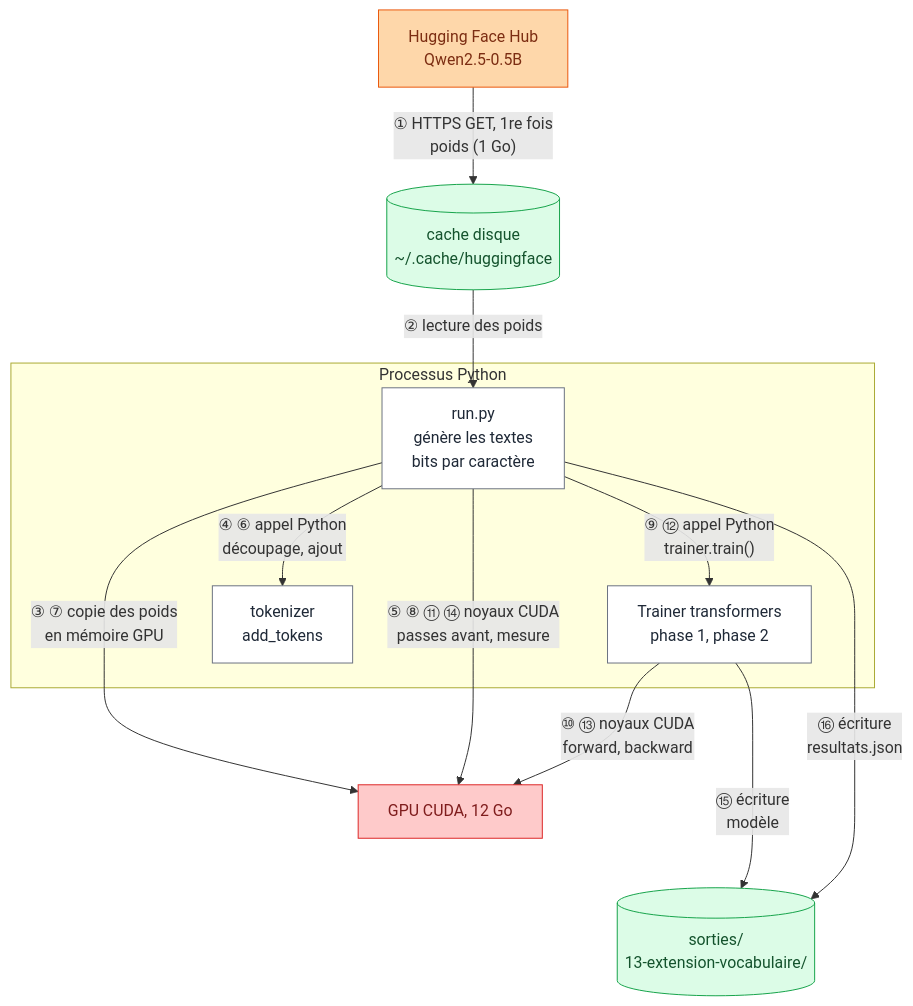
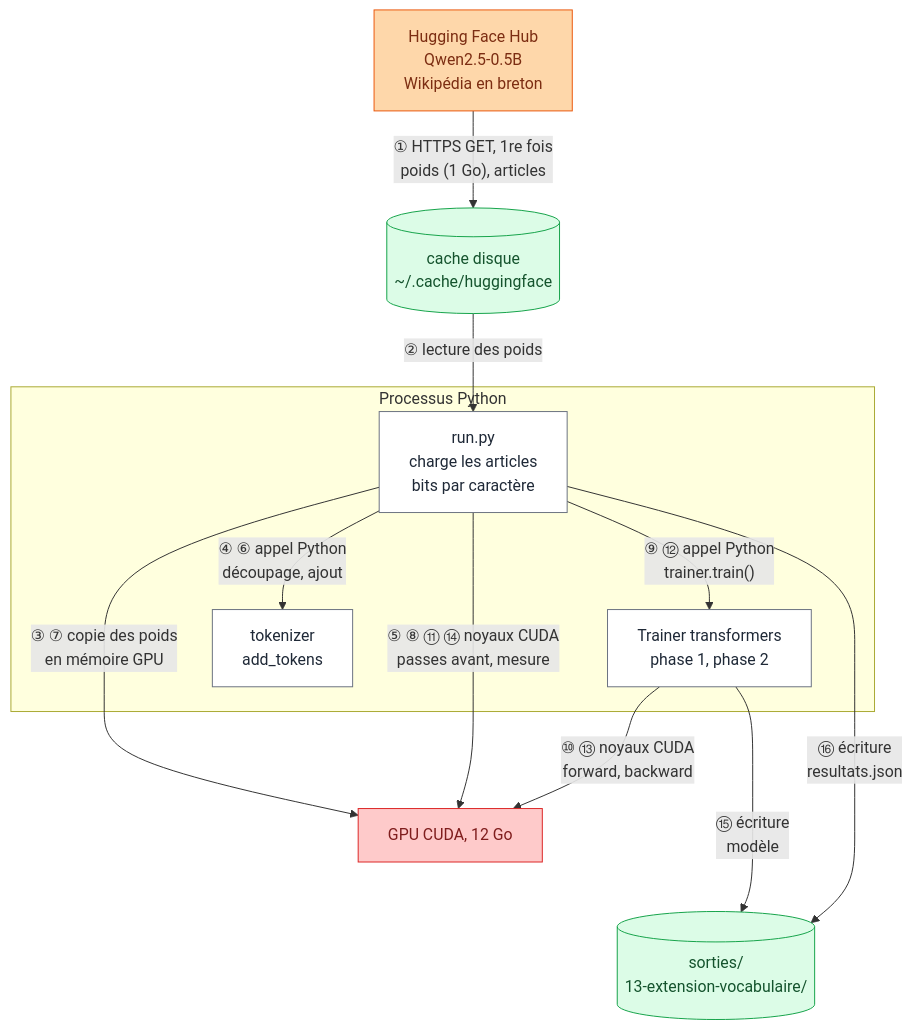
One commit to xavinsky/amelioria changed the diagram in 13-extension-vocabulaire/README.md. Above: the diagram before and after it, drawn with Mermaid. The commit also changed other lines of this file and 11 other files, not shown here.

Commit message:
FORM13 refondu sur la Wikipédia en breton : compression mesurée sur 3 graines avec témoin

````diff
--- a/13-extension-vocabulaire/README.md
+++ b/13-extension-vocabulaire/README.md
@@ -59,33 +59,33 @@
 ```mermaid
 flowchart TD
   classDef externe fill:#fed7aa,stroke:#ea580c,color:#7c2d12
   classDef code fill:#ffffff,stroke:#6b7280,color:#1f2937
   classDef gpu fill:#fecaca,stroke:#dc2626,color:#7f1d1d
   classDef disque fill:#dcfce7,stroke:#16a34a,color:#14532d
 
-  Hub["Hugging Face Hub<br/>Qwen2.5-0.5B"]
+  Hub["Hugging Face Hub<br/>Qwen2.5-0.5B<br/>Wikipédia en breton"]
   Cache[("cache disque<br/>~/.cache/huggingface")]
   subgraph Py["Processus Python"]
-    Run["run.py<br/>génère les textes<br/>bits par caractère"]
+    Run["run.py<br/>charge les articles<br/>bits par caractère"]
     Tok["tokenizer<br/>add_tokens"]
     Tr["Trainer transformers<br/>phase 1, phase 2"]
   end
   GPU["GPU CUDA, 12 Go"]
   Out[("sorties/<br/>13-extension-vocabulaire/")]
 
-  Hub -- "① HTTPS GET, 1re fois<br/>poids (1 Go)" --> Cache
+  Hub -- "① HTTPS GET, 1re fois<br/>poids (1 Go), articles" --> Cache
   Cache -- "② lecture des poids" --> Run
   Run -- "③ ⑦ copie des poids<br/>en mémoire GPU" --> GPU
   Run -- "④ ⑥ appel Python<br/>découpage, ajout" --> Tok
   Run -- "⑤ ⑧ ⑪ ⑭ noyaux CUDA<br/>passes avant, mesure" --> GPU
   Run -- "⑨ ⑫ appel Python<br/>trainer.train()" --> Tr
   Tr -- "⑩ ⑬ noyaux CUDA<br/>forward, backward" --> GPU
   Tr -- "⑮ écriture<br/>modèle" --> Out
   Run -- "⑯ écriture<br/>resultats.json" --> Out
 
   GPU ~~~ Out
   class Hub externe
   class Run,Tok,Tr code
   class GPU gpu
   class Cache,Out disque
 ```
````
